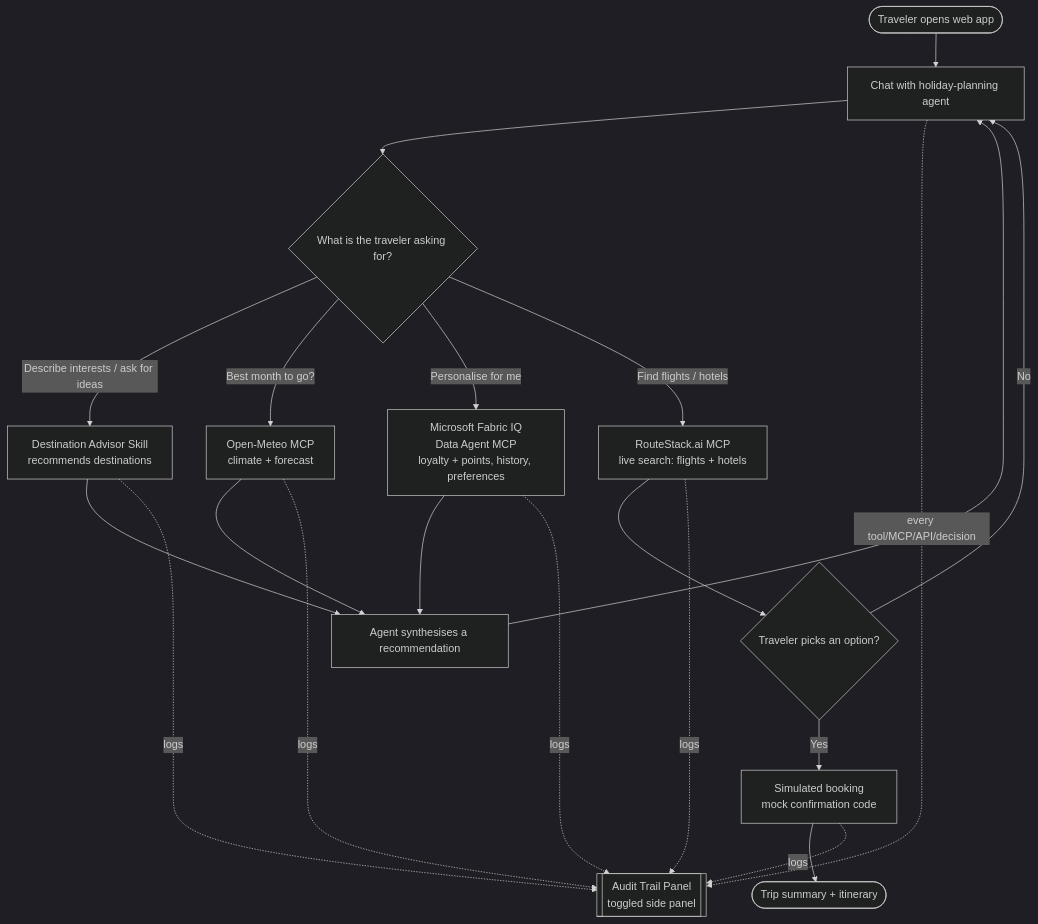
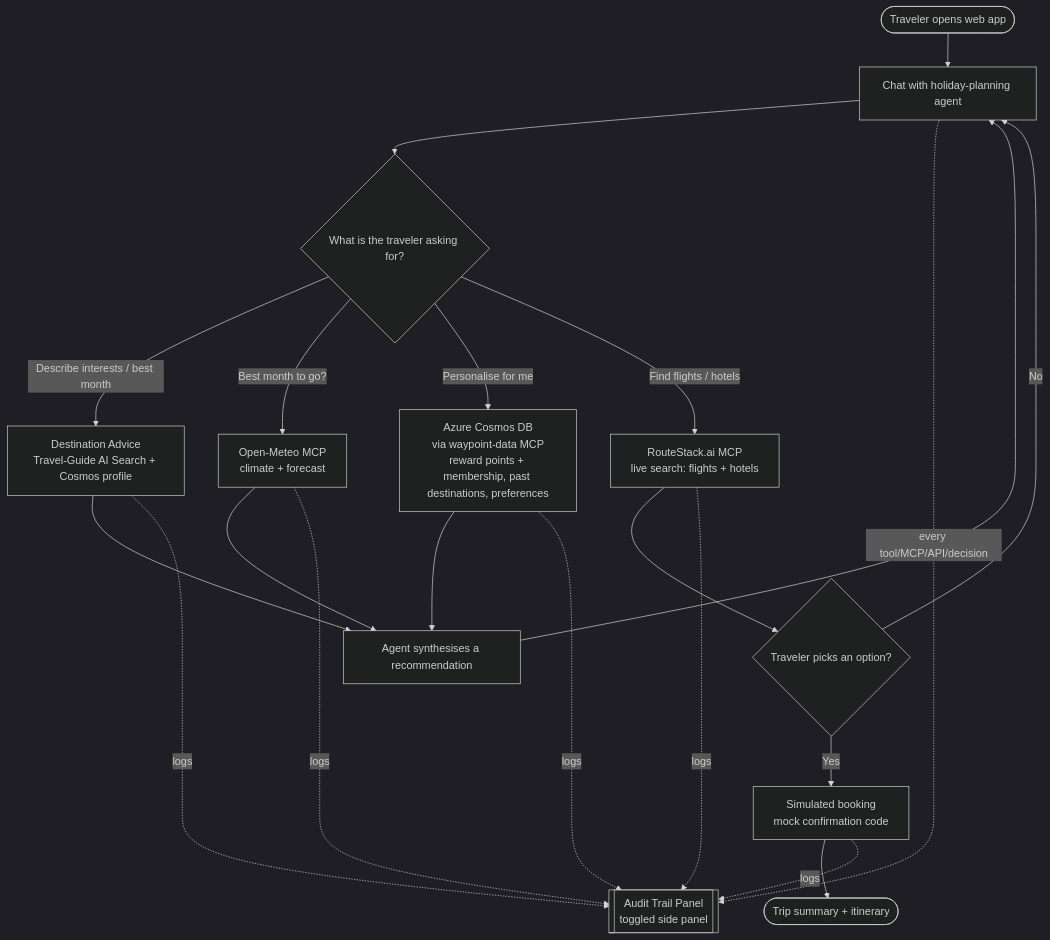
The first of 2 diagrams in specs/prd.md (andrew-rubio/waypoint-demo), drawn with Mermaid (dark theme) before and after one commit. The commit also changed other lines of this file and 42 other files, not shown here.

````diff
--- a/specs/prd.md
+++ b/specs/prd.md
@@ -14,26 +14,26 @@
 ```mermaid
 flowchart TD
     A([Traveler opens web app]) --> B[Chat with holiday-planning agent]
     B --> C{What is the traveler asking for?}
 
-    C -->|"Describe interests / ask for ideas"| D[Destination Advisor Skill<br/>recommends destinations]
+    C -->|"Describe interests / best month"| D[Destination Advice<br/>Travel-Guide AI Search + Cosmos profile]
     C -->|"Best month to go?"| E[Open-Meteo MCP<br/>climate + forecast]
-    C -->|"Personalise for me"| F[Microsoft Fabric IQ<br/>Data Agent MCP<br/>loyalty + points, history, preferences]
+    C -->|"Personalise for me"| F[Azure Cosmos DB<br/>via waypoint-data MCP<br/>reward points + membership, past destinations, preferences]
     C -->|"Find flights / hotels"| G[RouteStack.ai MCP<br/>live search: flights + hotels]
 
     D --> H[Agent synthesises a recommendation]
     E --> H
     F --> H
     G --> I{Traveler picks an option?}
     I -->|Yes| J[Simulated booking<br/>mock confirmation code]
     I -->|No| B
     H --> B
     J --> K([Trip summary + itinerary])
 
     B -. every tool/MCP/API/decision .-> L[[Audit Trail Panel<br/>toggled side panel]]
     D -. logs .-> L
     E -. logs .-> L
     F -. logs .-> L
     G -. logs .-> L
     J -. logs .-> L
 ```
````
